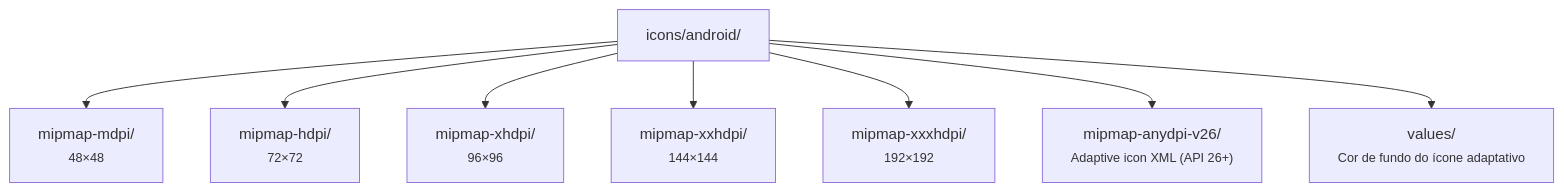
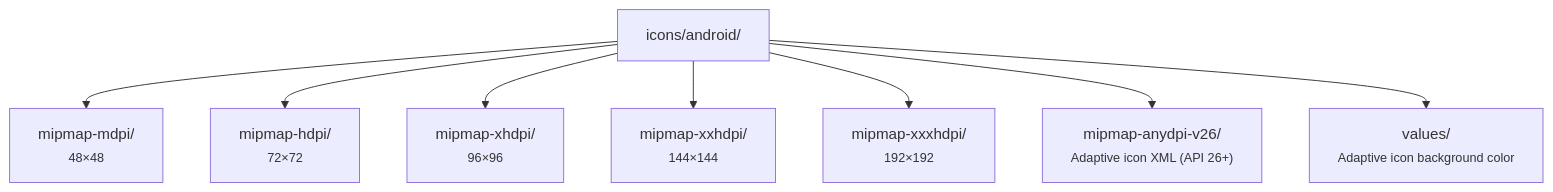
One commit to mrcdom/wdc-cube-java-v2 changed the second of 3 diagrams in fontes/br.com.wdc.shopping/br.com.wdc.shopping.view.teavm/teavm.native/README.md. Above: the diagram before and after it, drawn with Mermaid. The commit also changed other lines of this file and 69 other files, not shown here.

````diff
--- a/fontes/br.com.wdc.shopping/br.com.wdc.shopping.view.teavm/teavm.native/README.md
+++ b/fontes/br.com.wdc.shopping/br.com.wdc.shopping.view.teavm/teavm.native/README.md
@@ -76,19 +76,19 @@
 ```mermaid
 graph TD
     root["icons/android/"]
     mdpi["mipmap-mdpi/<br/><small>48×48</small>"]
     hdpi["mipmap-hdpi/<br/><small>72×72</small>"]
     xhdpi["mipmap-xhdpi/<br/><small>96×96</small>"]
     xxhdpi["mipmap-xxhdpi/<br/><small>144×144</small>"]
     xxxhdpi["mipmap-xxxhdpi/<br/><small>192×192</small>"]
     anydpi["mipmap-anydpi-v26/<br/><small>Adaptive icon XML (API 26+)</small>"]
-    values["values/<br/><small>Cor de fundo do ícone adaptativo</small>"]
+    values["values/<br/><small>Adaptive icon background color</small>"]
 
     root --> mdpi
     root --> hdpi
     root --> xhdpi
     root --> xxhdpi
     root --> xxxhdpi
     root --> anydpi
     root --> values
 ```
````
